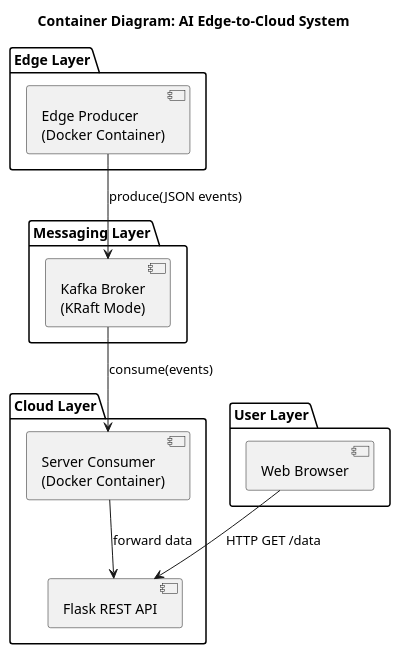
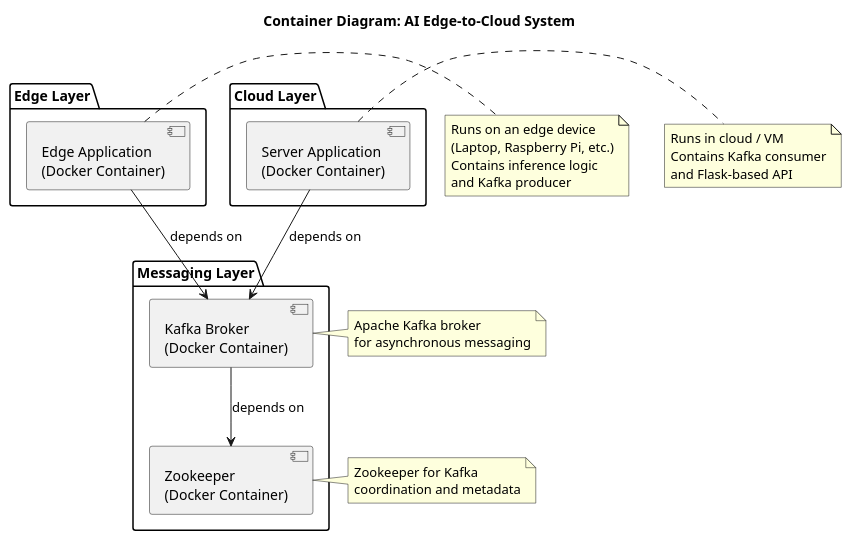
The diagram in docs/uml/container-diagram.puml (f-kittenberger/25imc-ai-edge-to-cloud), drawn with PlantUML before and after one commit. The commit also changed other lines of this file and 41 other files, not shown here.

```diff
--- a/docs/uml/container-diagram.puml
+++ b/docs/uml/container-diagram.puml
@@ -1,26 +1,59 @@
 @startuml
 title Container Diagram: AI Edge-to-Cloud System
 
+' --------------------
+' Edge Layer
+' --------------------
 package "Edge Layer" {
-  component "Edge Producer\n(Docker Container)" as Producer
+  [Edge Application\n(Docker Container)] as Edge
 }
 
+' --------------------
+' Messaging Layer
+' --------------------
 package "Messaging Layer" {
-  component "Kafka Broker\n(KRaft Mode)" as Kafka
+  [Zookeeper\n(Docker Container)] as ZK
+  [Kafka Broker\n(Docker Container)] as Kafka
 }
 
+' --------------------
+' Cloud Layer
+' --------------------
 package "Cloud Layer" {
-  component "Server Consumer\n(Docker Container)" as Consumer
-  component "Flask REST API" as API
+  [Server Application\n(Docker Container)] as Server
 }
 
-package "User Layer" {
-  component "Web Browser" as Browser
-}
+' --------------------
+' Static container dependencies
+' --------------------
+Edge --> Kafka : depends on
+Server --> Kafka : depends on
+Kafka --> ZK : depends on
 
-Producer --> Kafka : produce(JSON events)
-Kafka --> Consumer : consume(events)
-Consumer --> API : forward data
-Browser --> API : HTTP GET /data
+' --------------------
+' Notes
+' --------------------
+note right of Edge
+Runs on an edge device
+(Laptop, Raspberry Pi, etc.)
+Contains inference logic
+and Kafka producer
+end note
+
+note right of Server
+Runs in cloud / VM
+Contains Kafka consumer
+and Flask-based API
+end note
+
+note right of Kafka
+Apache Kafka broker
+for asynchronous messaging
+end note
+
+note right of ZK
+Zookeeper for Kafka
+coordination and metadata
+end note
 
 @enduml
```
